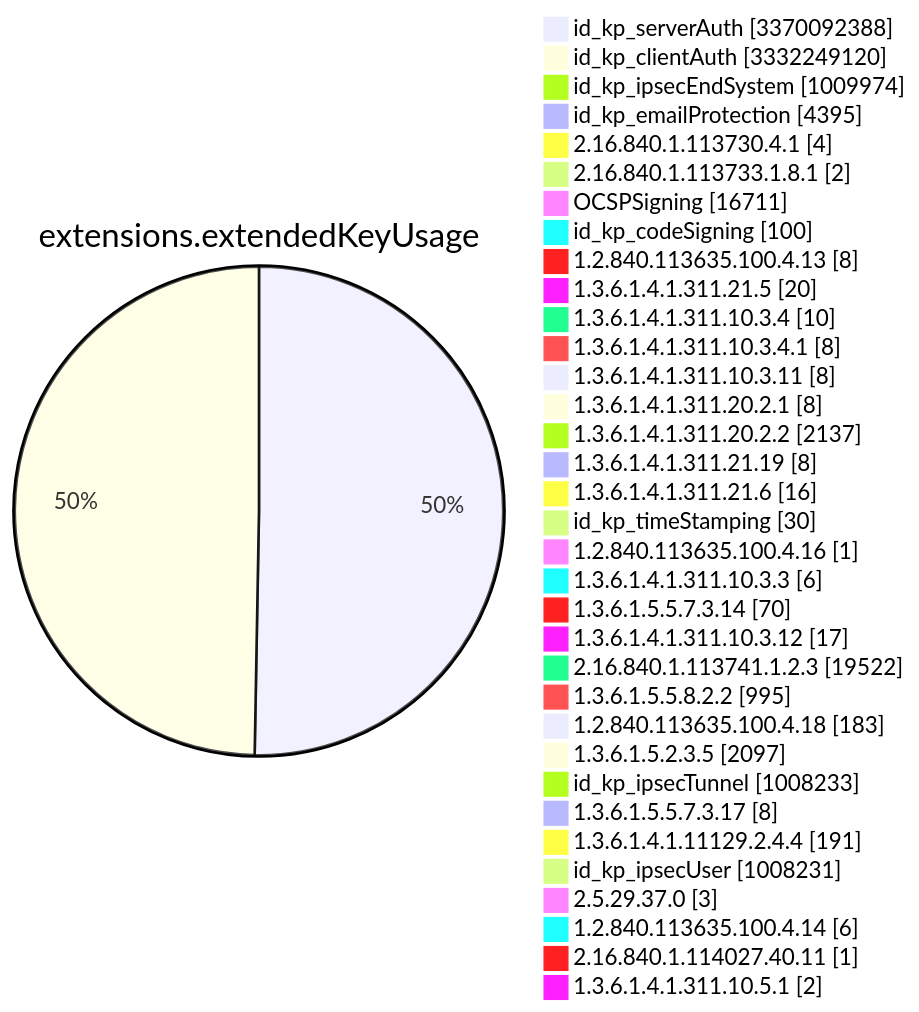
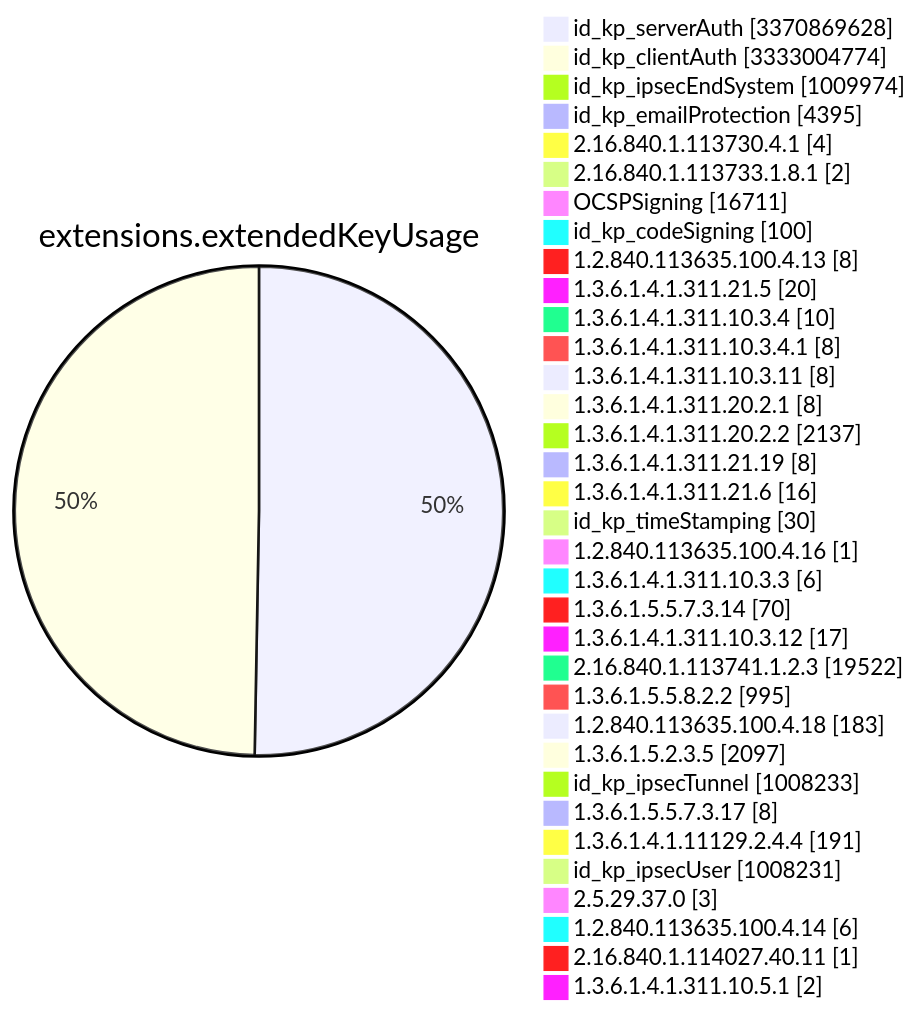
One commit to christiankrug/ctmonitor_visualization changed diagram 11 of 15 in TOTAL/README.md. Above: the diagram before and after it, drawn with Mermaid. The commit also changed other lines of this file, not shown here.

````diff
--- a/TOTAL/README.md
+++ b/TOTAL/README.md
@@ -4120,38 +4120,38 @@
 ```mermaid
 pie showData
 title extensions.extendedKeyUsage
-"id_kp_serverAuth" :3370092388
-"id_kp_clientAuth" :3332249120
+"id_kp_serverAuth" :3370869628
+"id_kp_clientAuth" :3333004774
 "id_kp_ipsecEndSystem" :1009974
 "id_kp_emailProtection" :4395
 "2.16.840.1.113730.4.1" :4
 "2.16.840.1.113733.1.8.1" :2
 "OCSPSigning" :16711
 "id_kp_codeSigning" :100
 "1.2.840.113635.100.4.13" :8
 "1.3.6.1.4.1.311.21.5" :20
 "1.3.6.1.4.1.311.10.3.4" :10
 "1.3.6.1.4.1.311.10.3.4.1" :8
 "1.3.6.1.4.1.311.10.3.11" :8
 "1.3.6.1.4.1.311.20.2.1" :8
 "1.3.6.1.4.1.311.20.2.2" :2137
 "1.3.6.1.4.1.311.21.19" :8
 "1.3.6.1.4.1.311.21.6" :16
 "id_kp_timeStamping" :30
 "1.2.840.113635.100.4.16" :1
 "1.3.6.1.4.1.311.10.3.3" :6
 "1.3.6.1.5.5.7.3.14" :70
 "1.3.6.1.4.1.311.10.3.12" :17
 "2.16.840.1.113741.1.2.3" :19522
 "1.3.6.1.5.5.8.2.2" :995
 "1.2.840.113635.100.4.18" :183
 "1.3.6.1.5.2.3.5" :2097
 "id_kp_ipsecTunnel" :1008233
 "1.3.6.1.5.5.7.3.17" :8
 "1.3.6.1.4.1.11129.2.4.4" :191
 "id_kp_ipsecUser" :1008231
 "2.5.29.37.0" :3
 "1.2.840.113635.100.4.14" :6
 "2.16.840.1.114027.40.11" :1
 "1.3.6.1.4.1.311.10.5.1" :2
 ```
````
